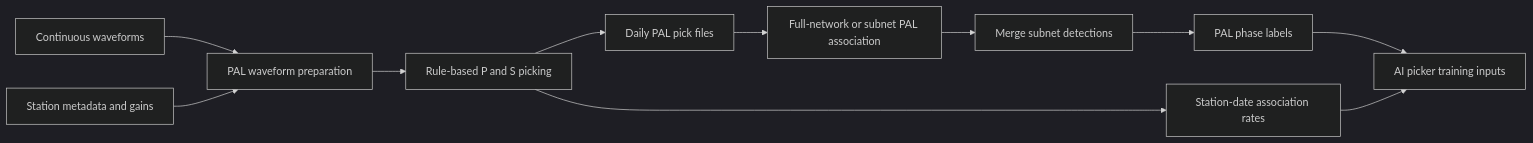
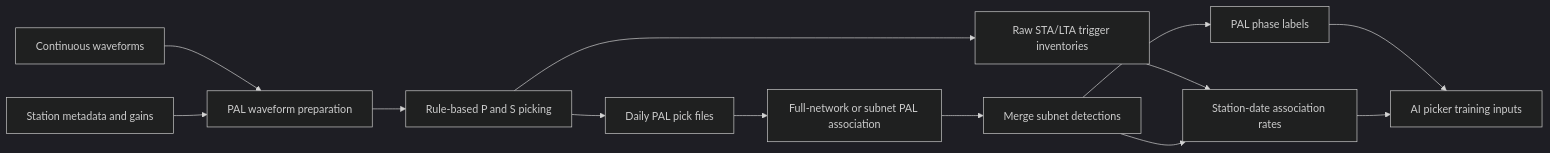
Before and after one commit to YijianZhou/AI-PAL: the diagram in 1_run_pal/README.md, drawn with Mermaid (dark theme). The commit also changed other lines of this file and 28 other files, not shown here.

````diff
--- a/1_run_pal/README.md
+++ b/1_run_pal/README.md
@@ -19,13 +19,15 @@
 ```mermaid
 flowchart LR
     A[Continuous waveforms] --> B[PAL waveform preparation]
     S[Station metadata and gains] --> B
     B --> C[Rule-based P and S picking]
     C --> D[Daily PAL pick files]
-    C --> E[Station-date association rates]
+    C --> T[Raw STA/LTA trigger inventories]
     D --> F[Full-network or subnet PAL association]
     F --> G[Merge subnet detections]
+    T --> E[Station-date association rates]
+    G --> E
     G --> H[PAL phase labels]
     H --> I[AI picker training inputs]
     E --> I
 ```
````
